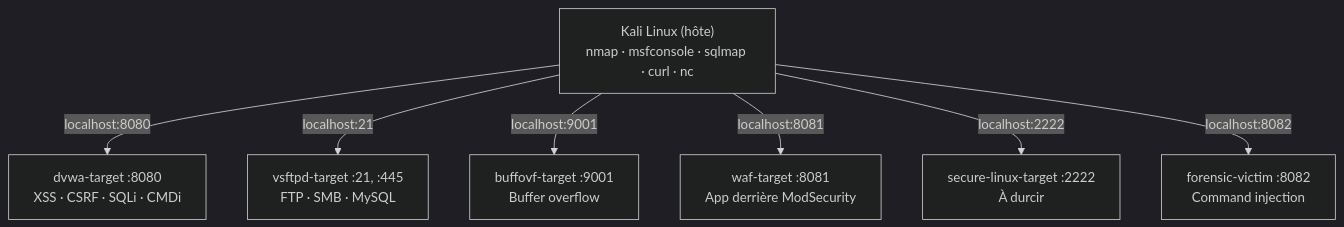
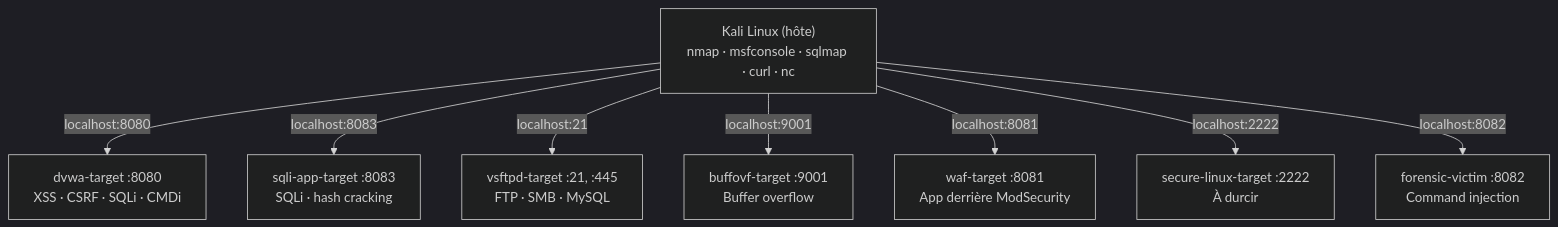
One commit to yugmerabtene/techniques-de-hacking-niveau-1 changed the first of 4 diagrams in JOUR-01.md. Above: the diagram before and after it, drawn with Mermaid (dark theme). The commit also changed other lines of this file and 5 other files, not shown here.

Commit message:
feat: sqli-app container + lab SQLi complet (trouver + sqlmap + john/hashcat)

````diff
--- a/JOUR-01.md
+++ b/JOUR-01.md
@@ -52,16 +52,18 @@
 ```mermaid
 flowchart TB
     KALI["Kali Linux (hôte)<br/>nmap · msfconsole · sqlmap · curl · nc"]
     DVWA["dvwa-target :8080<br/>XSS · CSRF · SQLi · CMDi"]
+    SQLI["sqli-app-target :8083<br/>SQLi · hash cracking"]
     VSFTPD["vsftpd-target :21, :445<br/>FTP · SMB · MySQL"]
     BOF["buffovf-target :9001<br/>Buffer overflow"]
     WAF["waf-target :8081<br/>App derrière ModSecurity"]
     SECLINUX["secure-linux-target :2222<br/>À durcir"]
     FORENSIC["forensic-victim :8082<br/>Command injection"]
     KALI -->|"localhost:8080"| DVWA
+    KALI -->|"localhost:8083"| SQLI
     KALI -->|"localhost:21"| VSFTPD
     KALI -->|"localhost:9001"| BOF
     KALI -->|"localhost:8081"| WAF
     KALI -->|"localhost:2222"| SECLINUX
     KALI -->|"localhost:8082"| FORENSIC
 ```
````
